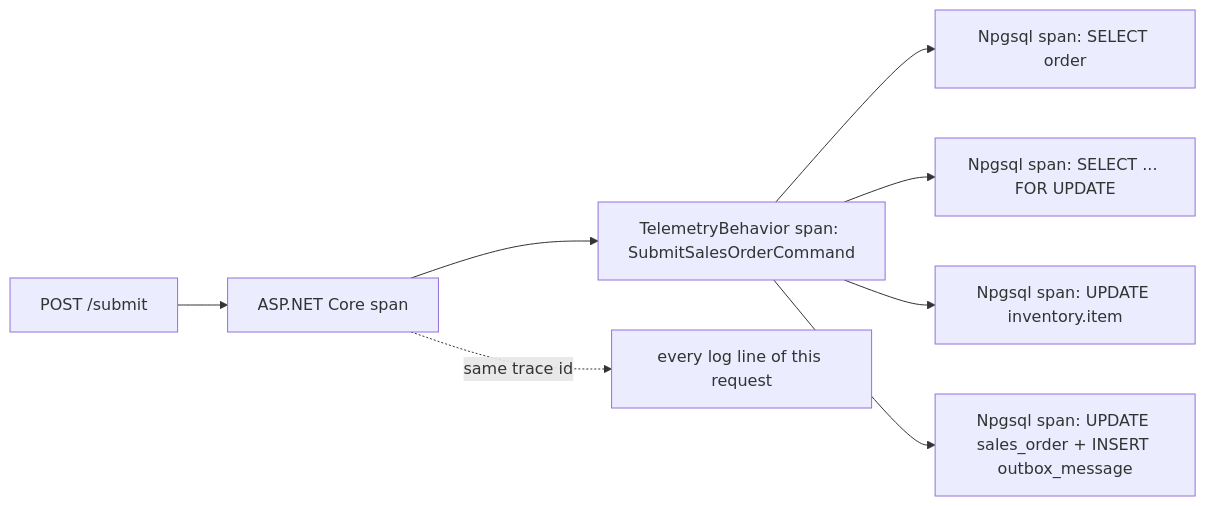
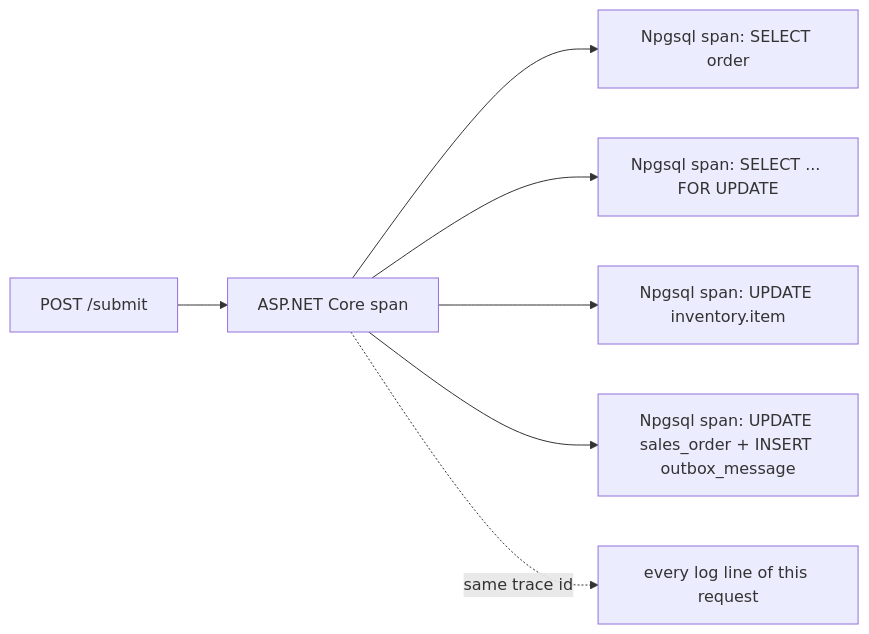
The diagram in plan-business-tutorial/14-observability.md (Dyastinn/Modular-monolith), drawn with Mermaid before and after one commit. The commit also changed other lines of this file and 25 other files, not shown here.

````diff
--- a/plan-business-tutorial/14-observability.md
+++ b/plan-business-tutorial/14-observability.md
@@ -491,10 +427,9 @@
 ```mermaid
 flowchart LR
   R[POST /submit] --> A[ASP.NET Core span]
-  A --> T[TelemetryBehavior span: SubmitSalesOrderCommand]
-  T --> Q1[Npgsql span: SELECT order]
-  T --> Q2[Npgsql span: SELECT ... FOR UPDATE]
-  T --> Q3[Npgsql span: UPDATE inventory.item]
-  T --> Q4[Npgsql span: UPDATE sales_order + INSERT outbox_message]
+  A --> Q1[Npgsql span: SELECT order]
+  A --> Q2[Npgsql span: SELECT ... FOR UPDATE]
+  A --> Q3[Npgsql span: UPDATE inventory.item]
+  A --> Q4[Npgsql span: UPDATE sales_order + INSERT outbox_message]
   A -. same trace id .-> L[every log line of this request]
 ```
````
